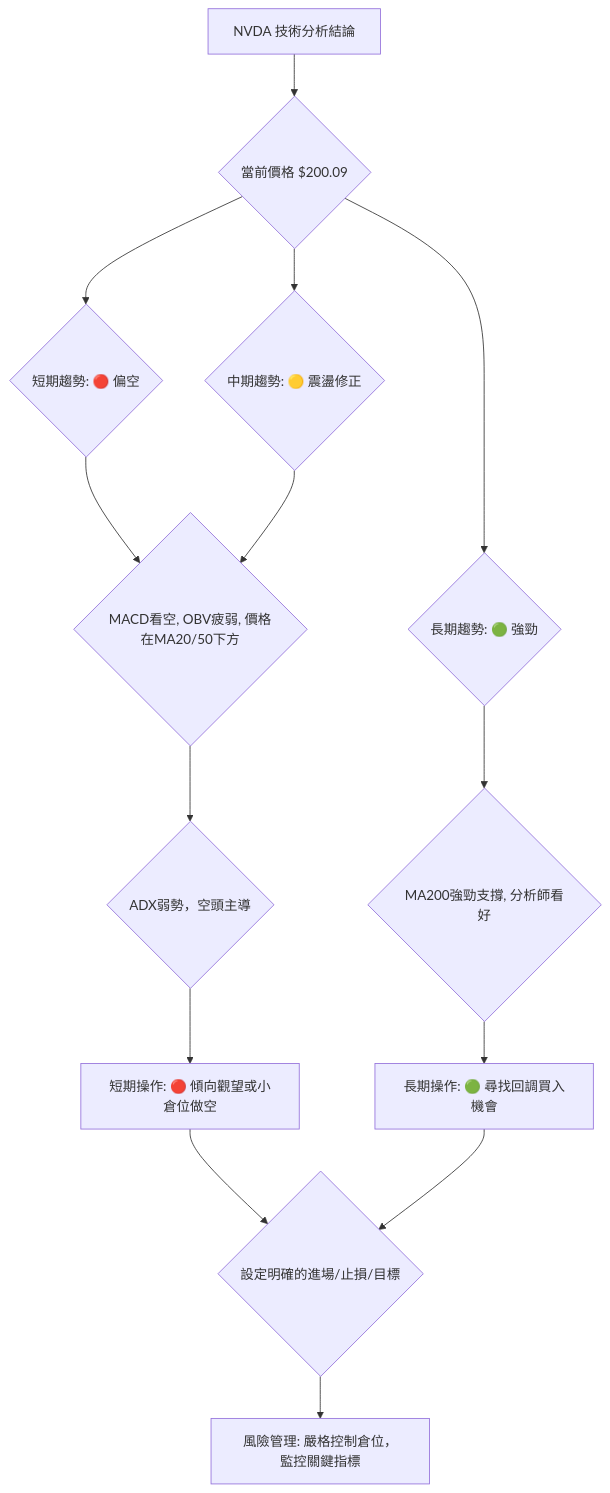
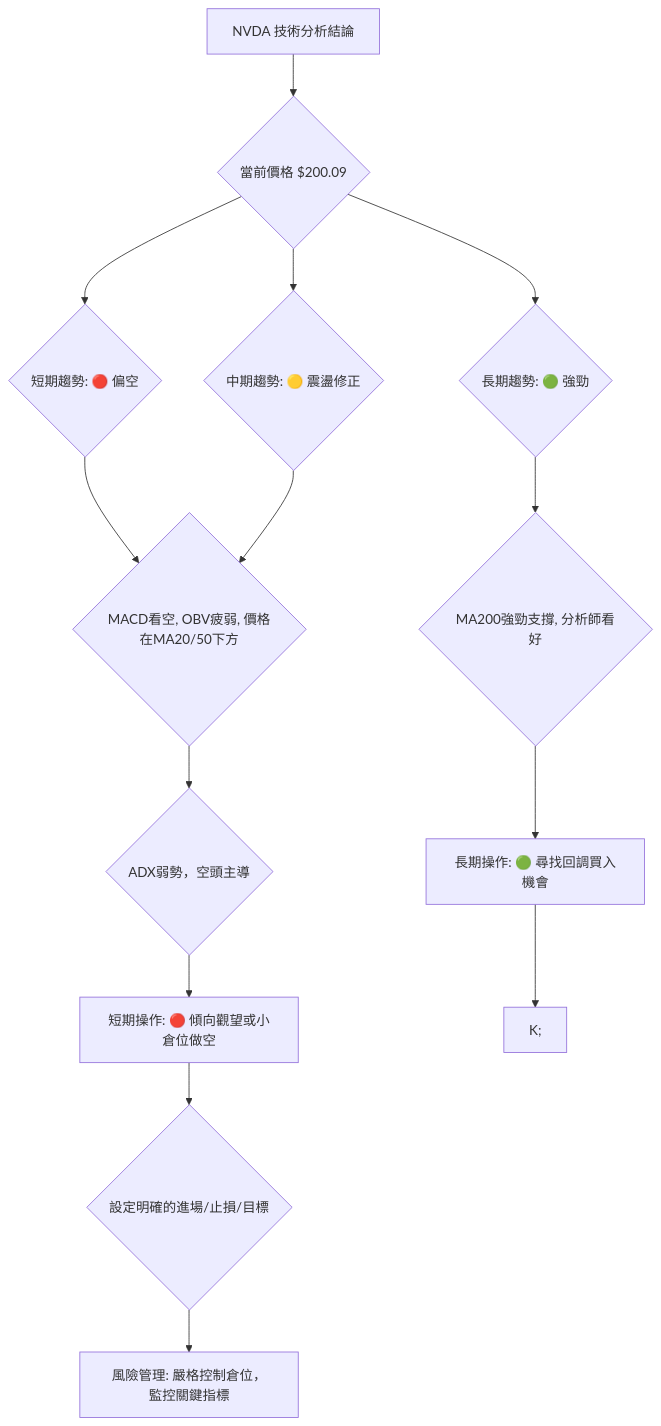
One commit to yennanliu/finance_data changed the tenth of 11 diagrams in ai_gen_report/stock/nvda/technical_analysis_2026-07-01_gemini.md. Above: the diagram before and after it, drawn with Mermaid. The commit also changed other lines of this file and 2171 other files, not shown here.

First line of the commit message:
chore: re-run corrected Mermaid backfill across reports

````diff
--- a/ai_gen_report/stock/nvda/technical_analysis_2026-07-01_gemini.md
+++ b/ai_gen_report/stock/nvda/technical_analysis_2026-07-01_gemini.md
@@ -736,20 +736,20 @@
 ```mermaid
 graph TD
-    A[NVDA 技術分析結論] --> B{當前價格 $200.09};
+    A["NVDA 技術分析結論"] --> B{"當前價格 $200.09"};
 
-    B --> C{短期趨勢: 🔴 偏空};
-    B --> D{中期趨勢: 🟡 震盪修正};
-    B --> E{長期趨勢: 🟢 強勁};
+    B --> C{"短期趨勢: 🔴 偏空"};
+    B --> D{"中期趨勢: 🟡 震盪修正"};
+    B --> E{"長期趨勢: 🟢 強勁"};
 
-    C & D --> F{MACD看空, OBV疲弱, 價格在MA20/50下方};
-    F --> G{ADX弱勢，空頭主導};
-    G --> H[短期操作: 🔴 傾向觀望或小倉位做空];
+    C & D --> F{"MACD看空, OBV疲弱, 價格在MA20/50下方"};
+    F --> G{"ADX弱勢，空頭主導"};
+    G --> H["短期操作: 🔴 傾向觀望或小倉位做空"];
 
-    E --> I{MA200強勁支撐, 分析師看好};
-    I --> J[長期操作: 🟢 尋找回調買入機會];
+    E --> I{"MA200強勁支撐, 分析師看好"};
+    I --> J["長期操作: 🟢 尋找回調買入機會"];
 
-    H --> K{設定明確的進場/止損/目標};
-    J --> K;
+    H --> K{"設定明確的進場/止損/目標"};
+    J --> nb1["K;"]
 
-    K --> L[風險管理: 嚴格控制倉位，監控關鍵指標];
+    K --> L["風險管理: 嚴格控制倉位，監控關鍵指標"];
 ```
````
